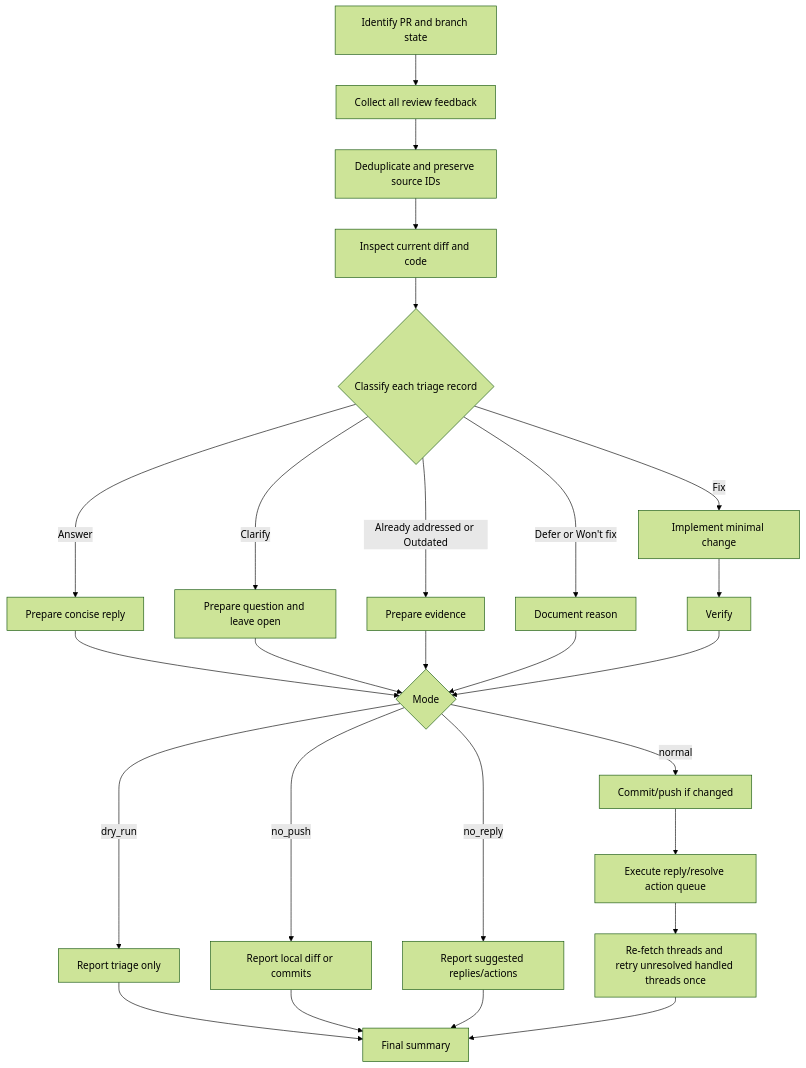
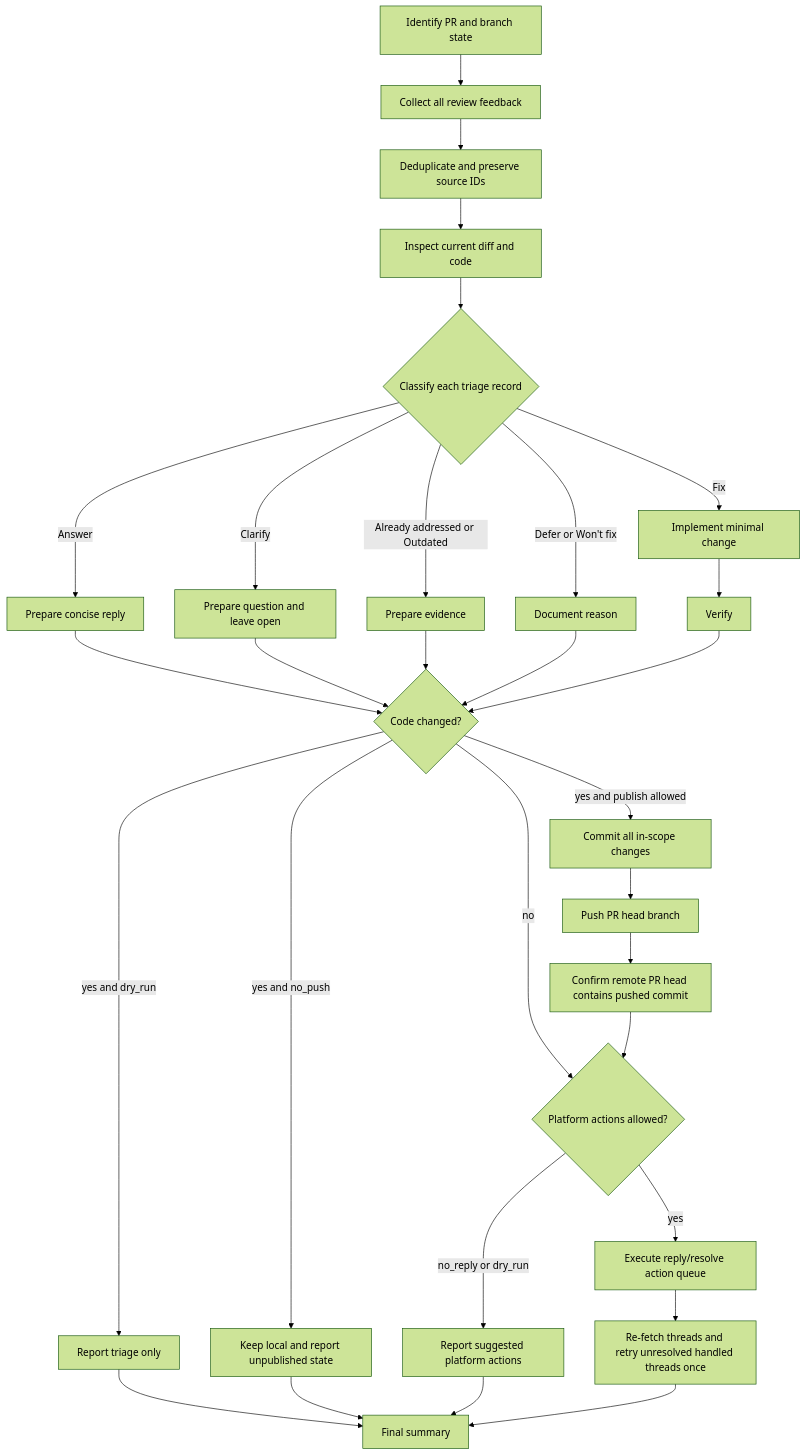
The diagram in skills/pr-feedback-triage/SKILL.md (dceoy/ai-coding-agent-skills), drawn with Mermaid (forest theme) before and after one commit. The commit also changed other lines of this file, not shown here.

````diff
--- a/skills/pr-feedback-triage/SKILL.md
+++ b/skills/pr-feedback-triage/SKILL.md
@@ -130,28 +149,32 @@
 ```mermaid
 flowchart TD
   A[Identify PR and branch state] --> B[Collect all review feedback]
   B --> C[Deduplicate and preserve source IDs]
   C --> D[Inspect current diff and code]
   D --> E{Classify each triage record}
   E -->|Fix| F[Implement minimal change]
   E -->|Answer| G[Prepare concise reply]
   E -->|Clarify| H[Prepare question and leave open]
   E -->|Already addressed or Outdated| I[Prepare evidence]
   E -->|Defer or Won't fix| J[Document reason]
   F --> K[Verify]
-  G --> L{Mode}
+  G --> L{Code changed?}
   H --> L
   I --> L
   J --> L
   K --> L
-  L -->|dry_run| M[Report triage only]
-  L -->|no_push| N[Report local diff or commits]
-  L -->|no_reply| O[Report suggested replies/actions]
-  L -->|normal| P[Commit/push if changed]
-  P --> R[Execute reply/resolve action queue]
+  L -->|yes and dry_run| M[Report triage only]
+  L -->|yes and no_push| N[Keep local and report unpublished state]
+  L -->|yes and publish allowed| P[Commit all in-scope changes]
+  L -->|no| T{Platform actions allowed?}
+  P --> U[Push PR head branch]
+  U --> V[Confirm remote PR head contains pushed commit]
+  V --> T
+  T -->|no_reply or dry_run| O[Report suggested platform actions]
+  T -->|yes| R[Execute reply/resolve action queue]
   R --> S[Re-fetch threads and retry unresolved handled threads once]
   M --> Q[Final summary]
   N --> Q
   O --> Q
   S --> Q
 ```
````
